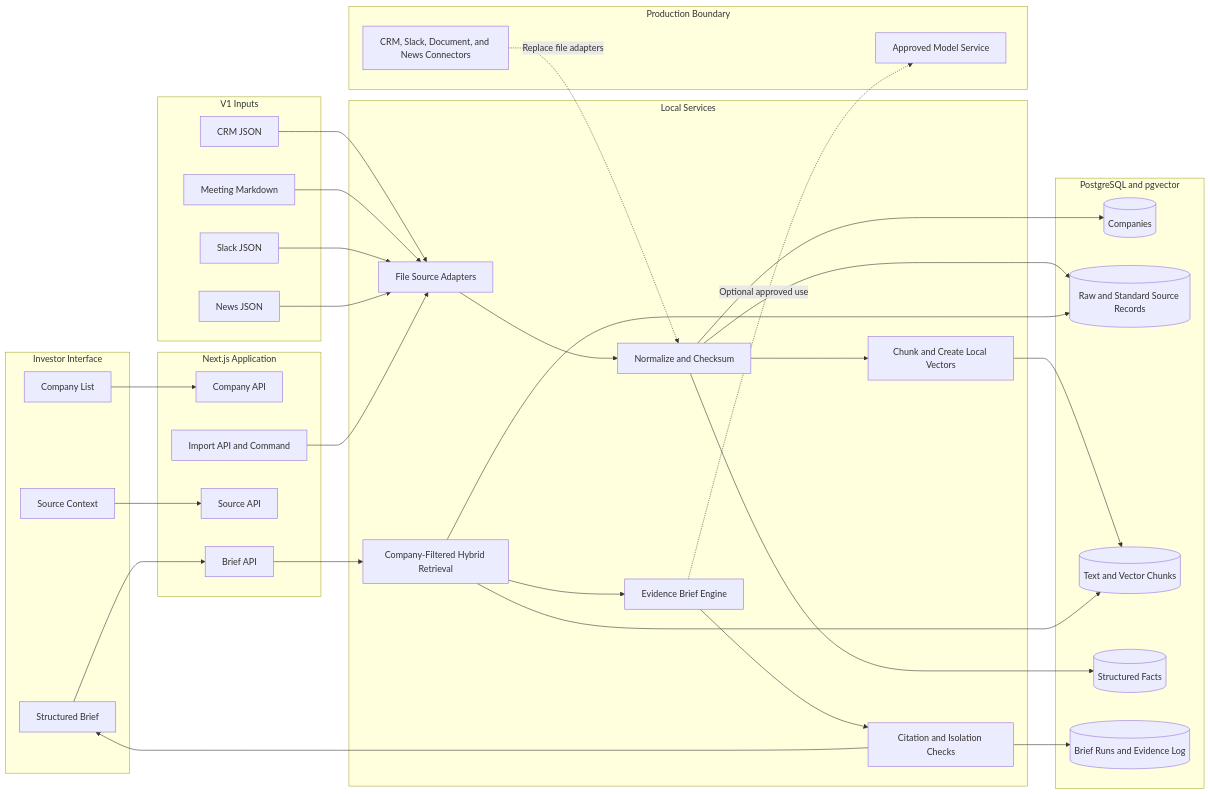
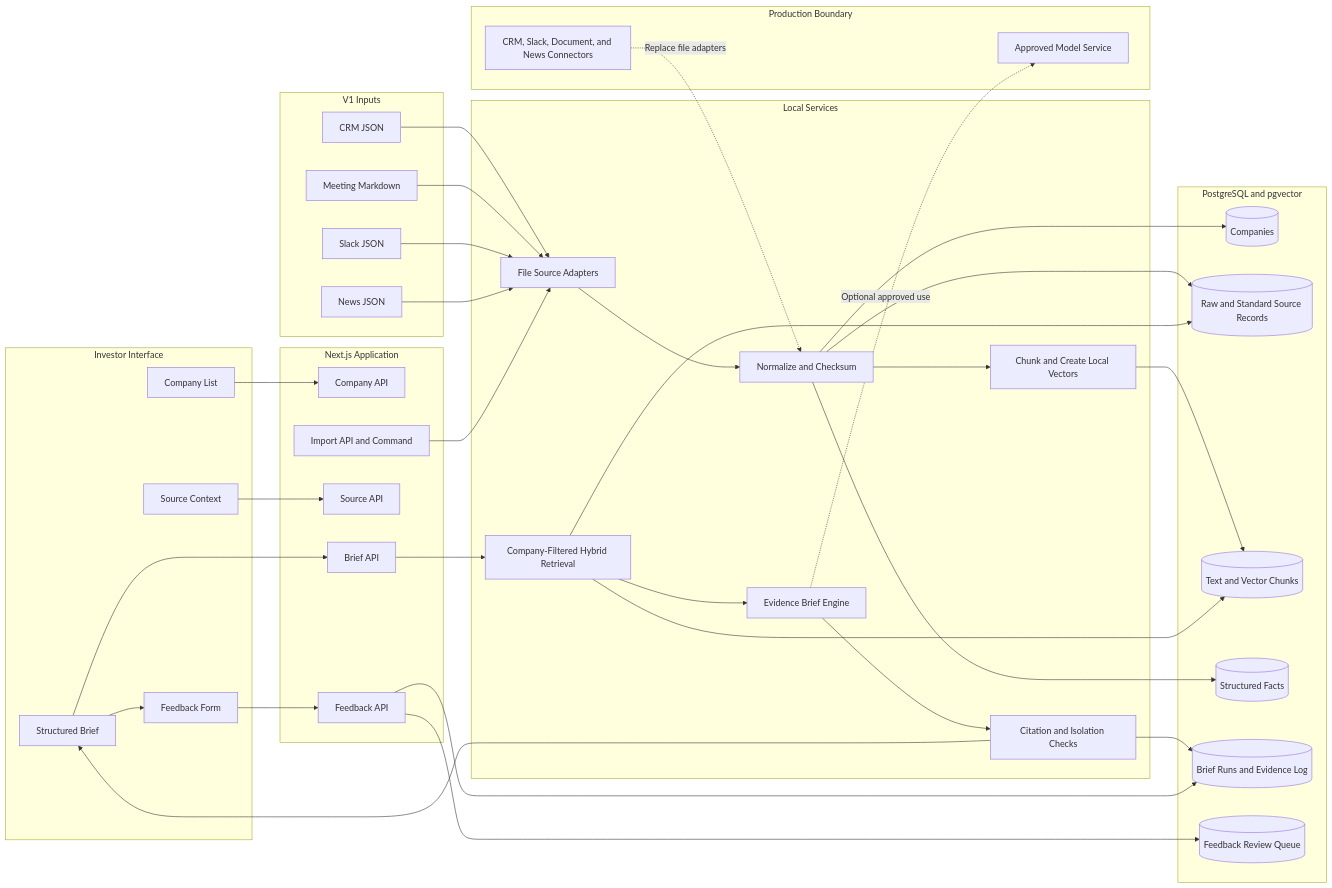
Before and after one commit to osuthorpe/LENS-POC: the diagram in docs/architecture.md, drawn with Mermaid. The commit also changed other lines of this file and 18 other files, not shown here.

````diff
--- a/docs/architecture.md
+++ b/docs/architecture.md
@@ -7,68 +7,75 @@
 ```mermaid
 flowchart LR
     subgraph client ["Investor Interface"]
         companyList["Company List"]
         briefView["Structured Brief"]
         sourceView["Source Context"]
+        feedbackForm["Feedback Form"]
     end
 
     subgraph api ["Next.js Application"]
         companyApi["Company API"]
         briefApi["Brief API"]
         sourceApi["Source API"]
+        feedbackApi["Feedback API"]
         importApi["Import API and Command"]
     end
 
     subgraph core ["Local Services"]
         adapters["File Source Adapters"]
         normalize["Normalize and Checksum"]
         chunk["Chunk and Create Local Vectors"]
         retrieve["Company-Filtered Hybrid Retrieval"]
         generate["Evidence Brief Engine"]
         validate["Citation and Isolation Checks"]
     end
 
     subgraph postgres ["PostgreSQL and pgvector"]
         companies[("Companies")]
         sources[("Raw and Standard Source Records")]
         chunks[("Text and Vector Chunks")]
         facts[("Structured Facts")]
         audit[("Brief Runs and Evidence Log")]
+        feedback[("Feedback Review Queue")]
     end
 
     subgraph inputs ["V1 Inputs"]
         crm["CRM JSON"]
         meetings["Meeting Markdown"]
         slack["Slack JSON"]
         news["News JSON"]
     end
 
     subgraph future ["Production Boundary"]
         connectors["CRM, Slack, Document, and News Connectors"]
         model["Approved Model Service"]
     end
 
     companyList --> companyApi
     briefView --> briefApi
     sourceView --> sourceApi
+    feedbackForm --> feedbackApi
     crm --> adapters
     meetings --> adapters
     slack --> adapters
     news --> adapters
     importApi --> adapters
     adapters --> normalize
     normalize --> sources
     normalize --> companies
     normalize --> facts
     normalize --> chunk
     chunk --> chunks
     briefApi --> retrieve
     retrieve --> sources
     retrieve --> chunks
     retrieve --> generate
     generate --> validate
     validate --> briefView
     validate --> audit
+    briefView --> feedbackForm
+    feedbackApi --> audit
+    feedbackApi --> feedback
     connectors -. "Replace file adapters" .-> normalize
     generate -. "Optional approved use" .-> model
 ```
````
